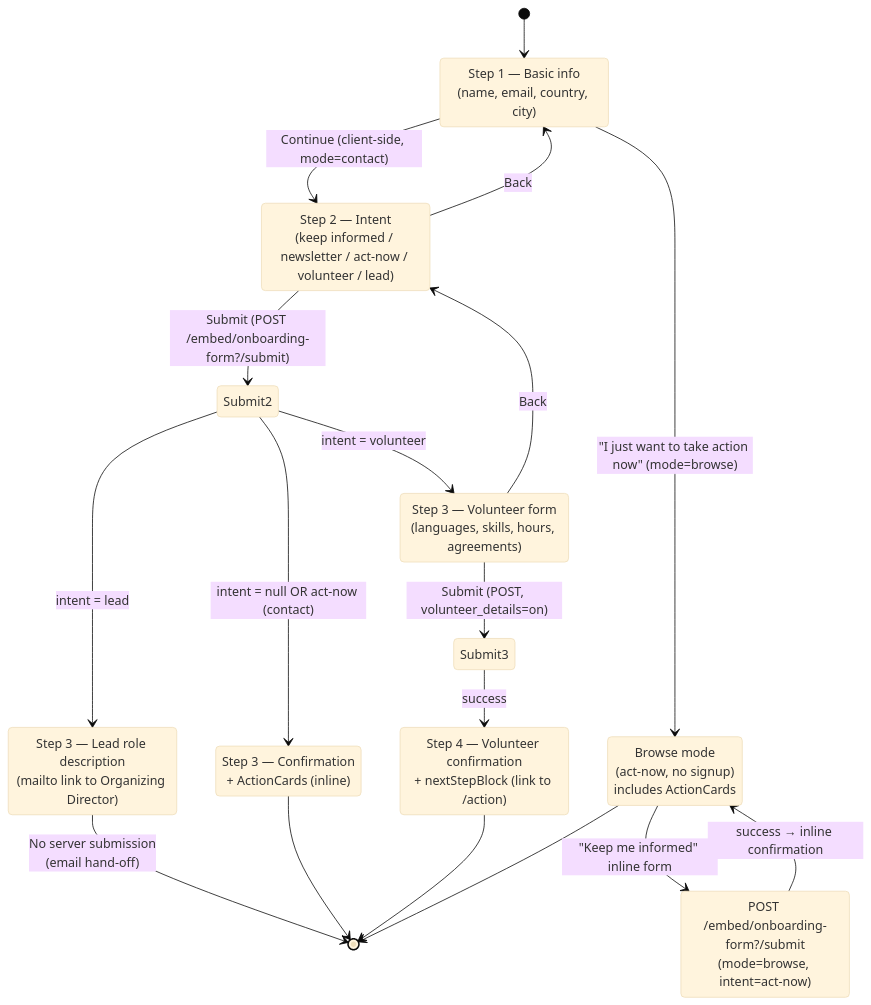
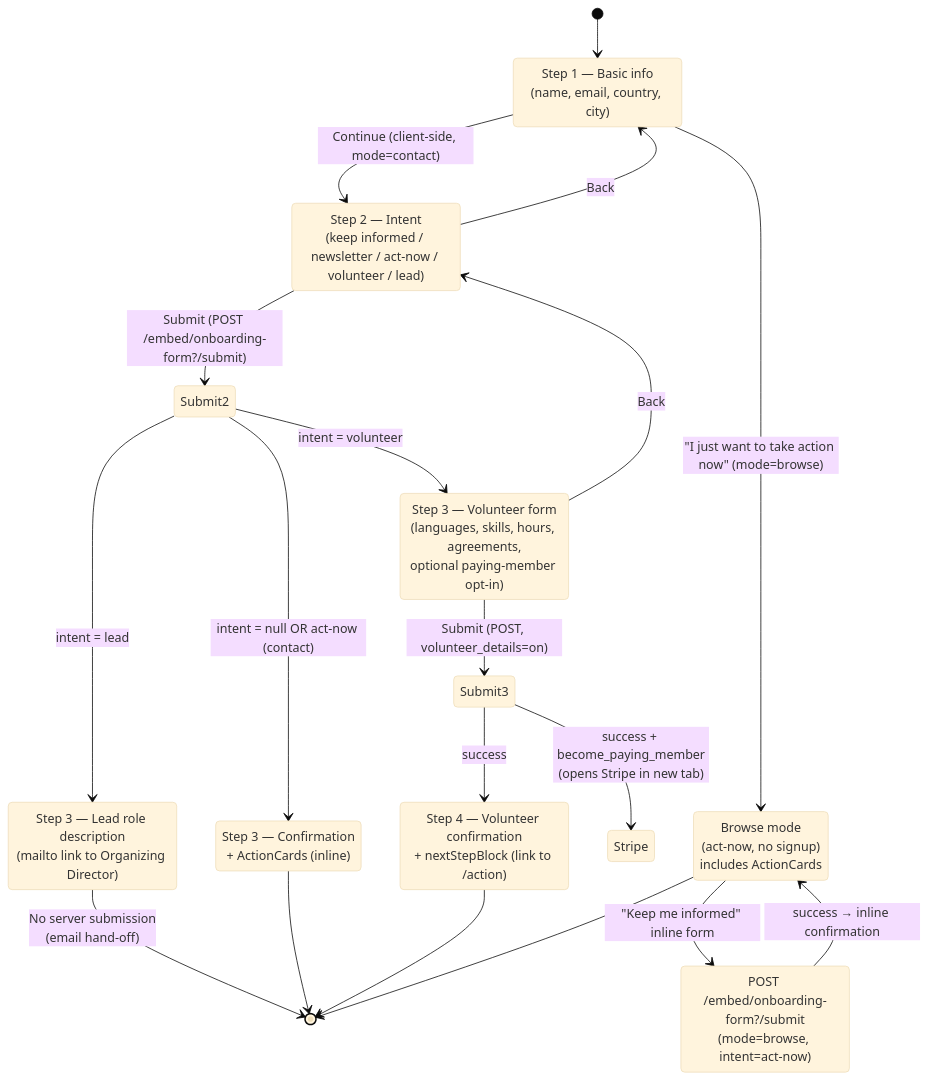
Before and after one commit to PauseAI/pauseai-website: the second of 2 diagrams in docs/join-form-flow.md, drawn with Mermaid (base theme). The commit also changed other lines of this file and 3 other files, not shown here.

Commit message:
Add paying member opt-in to volunteer onboarding step

````diff
--- a/docs/join-form-flow.md
+++ b/docs/join-form-flow.md
@@ -153,33 +153,34 @@
 ```mermaid
 stateDiagram-v2
     [*] --> Step1
     Step1: Step 1 — Basic info<br/>(name, email, country, city)
     Step1 --> Step2: Continue (client-side, mode=contact)
     Step1 --> Browse: "I just want to take action now" (mode=browse)
     Browse: Browse mode<br/>(act-now, no signup)<br/>includes ActionCards
 
     Step2: Step 2 — Intent<br/>(keep informed / newsletter / act-now / volunteer / lead)
     Step2 --> Step1: Back
     Step2 --> Submit2: Submit (POST /embed/onboarding-form?/submit)
     Submit2 --> Step3Confirm: intent = null OR act-now (contact)
     Submit2 --> Step3Volunteer: intent = volunteer
     Submit2 --> Step3Lead: intent = lead
 
     Browse --> BrowseSignup: "Keep me informed" inline form
     BrowseSignup: POST /embed/onboarding-form?/submit<br/>(mode=browse, intent=act-now)
     BrowseSignup --> Browse: success → inline confirmation
 
-    Step3Volunteer: Step 3 — Volunteer form<br/>(languages, skills, hours, agreements)
+    Step3Volunteer: Step 3 — Volunteer form<br/>(languages, skills, hours, agreements,<br/>optional paying-member opt-in)
     Step3Volunteer --> Step2: Back
     Step3Volunteer --> Submit3: Submit (POST, volunteer_details=on)
+    Submit3 --> Stripe: success + become_paying_member<br/>(opens Stripe in new tab)
     Submit3 --> Step4: success
 
     Step3Lead: Step 3 — Lead role description<br/>(mailto link to Organizing Director)
     Step3Lead --> [*]: No server submission<br/>(email hand-off)
 
     Step3Confirm: Step 3 — Confirmation<br/>+ ActionCards (inline)
     Step4: Step 4 — Volunteer confirmation<br/>+ nextStepBlock (link to /action)
     Step3Confirm --> [*]
     Step4 --> [*]
     Browse --> [*]
 ```
````
